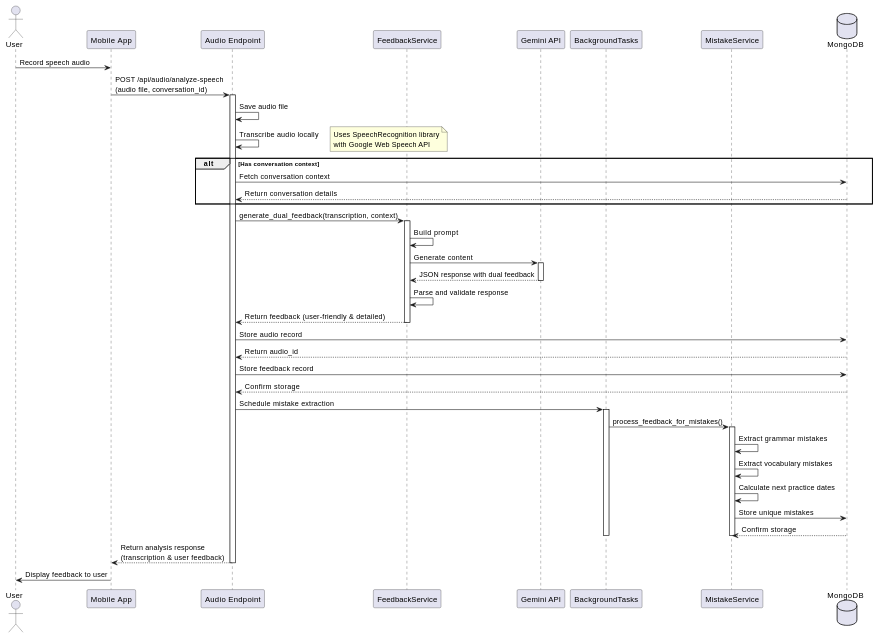
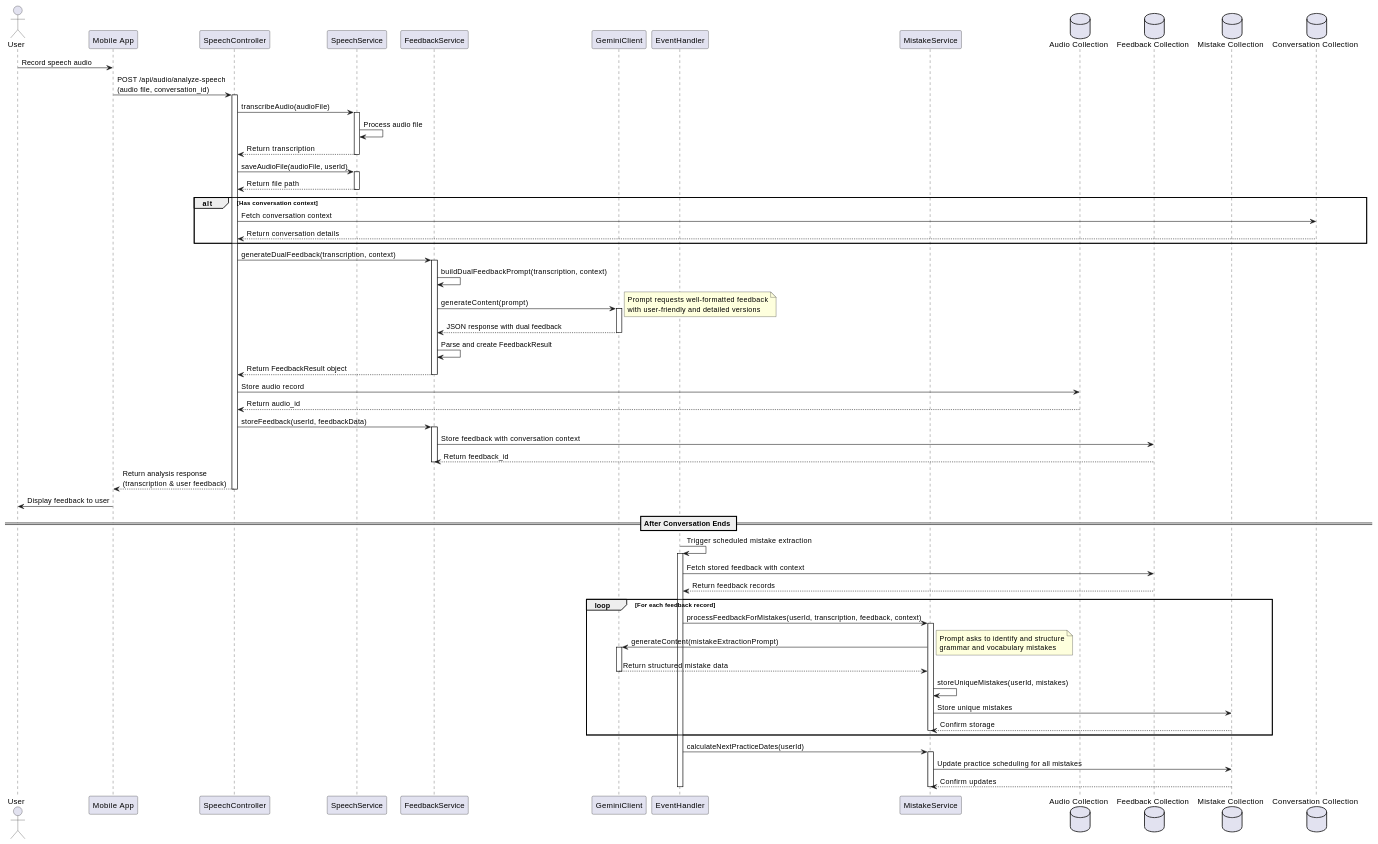
Before and after one commit to dungken/speaking_english_with_ai_app: the diagram in documents/diagrams/speech-analysis-sequence.md, drawn with PlantUML. The commit also changed 3 other files, not shown here.

Commit message:
Update diagrams

````diff
--- a/documents/diagrams/speech-analysis-sequence.md
+++ b/documents/diagrams/speech-analysis-sequence.md
@@ -7,62 +7,94 @@
 
 actor User
 participant "Mobile App" as App
-participant "Audio Endpoint" as AudioAPI
+participant "SpeechController" as AudioAPI
+participant "SpeechService" as SpeechSvc
 participant "FeedbackService" as FeedbackSvc
-participant "Gemini API" as Gemini
-participant "BackgroundTasks" as BgTasks
+participant "GeminiClient" as Gemini
+participant "EventHandler" as BgTasks
 participant "MistakeService" as MistakeSvc
-database MongoDB as DB
+database "Audio Collection" as AudioDB
+database "Feedback Collection" as FeedbackDB
+database "Mistake Collection" as MistakeDB
+database "Conversation Collection" as ConvDB
 
 User -> App: Record speech audio
 App -> AudioAPI: POST /api/audio/analyze-speech\n(audio file, conversation_id)
 activate AudioAPI
 
-AudioAPI -> AudioAPI: Save audio file
-AudioAPI -> AudioAPI: Transcribe audio locally
-note right: Uses SpeechRecognition library\nwith Google Web Speech API
+AudioAPI -> SpeechSvc: transcribeAudio(audioFile)
+activate SpeechSvc
+SpeechSvc -> SpeechSvc: Process audio file
+SpeechSvc --> AudioAPI: Return transcription
+deactivate SpeechSvc
+
+AudioAPI -> SpeechSvc: saveAudioFile(audioFile, userId)
+activate SpeechSvc
+SpeechSvc --> AudioAPI: Return file path
+deactivate SpeechSvc
 
 alt Has conversation context
-    AudioAPI -> DB: Fetch conversation context
-    DB --> AudioAPI: Return conversation details
+    AudioAPI -> ConvDB: Fetch conversation context
+    ConvDB --> AudioAPI: Return conversation details
 end
 
-AudioAPI -> FeedbackSvc: generate_dual_feedback(transcription, context)
+AudioAPI -> FeedbackSvc: generateDualFeedback(transcription, context)
 activate FeedbackSvc
 
-FeedbackSvc -> FeedbackSvc: Build prompt
-FeedbackSvc -> Gemini: Generate content
+FeedbackSvc -> FeedbackSvc: buildDualFeedbackPrompt(transcription, context)
+FeedbackSvc -> Gemini: generateContent(prompt)
 activate Gemini
+note right: Prompt requests well-formatted feedback\nwith user-friendly and detailed versions
 Gemini --> FeedbackSvc: JSON response with dual feedback
 deactivate Gemini
 
-FeedbackSvc -> FeedbackSvc: Parse and validate response
-FeedbackSvc --> AudioAPI: Return feedback (user-friendly & detailed)
+FeedbackSvc -> FeedbackSvc: Parse and create FeedbackResult
+FeedbackSvc --> AudioAPI: Return FeedbackResult object
 deactivate FeedbackSvc
 
-AudioAPI -> DB: Store audio record
-DB --> AudioAPI: Return audio_id
+AudioAPI -> AudioDB: Store audio record
+AudioDB --> AudioAPI: Return audio_id
 
-AudioAPI -> DB: Store feedback record
-DB --> AudioAPI: Confirm storage
-
-AudioAPI -> BgTasks: Schedule mistake extraction
-activate BgTasks
-BgTasks -> MistakeSvc: process_feedback_for_mistakes()
-activate MistakeSvc
-
-MistakeSvc -> MistakeSvc: Extract grammar mistakes
-MistakeSvc -> MistakeSvc: Extract vocabulary mistakes
-MistakeSvc -> MistakeSvc: Calculate next practice dates
-MistakeSvc -> DB: Store unique mistakes
-DB --> MistakeSvc: Confirm storage
-deactivate MistakeSvc
-deactivate BgTasks
+AudioAPI -> FeedbackSvc: storeFeedback(userId, feedbackData)
+activate FeedbackSvc
+FeedbackSvc -> FeedbackDB: Store feedback with conversation context
+FeedbackDB --> FeedbackSvc: Return feedback_id
+deactivate FeedbackSvc
 
 AudioAPI --> App: Return analysis response\n(transcription & user feedback)
 deactivate AudioAPI
 
 App -> User: Display feedback to user
 
+== After Conversation Ends ==
+
+BgTasks -> BgTasks: Trigger scheduled mistake extraction 
+activate BgTasks
+BgTasks -> FeedbackDB: Fetch stored feedback with context
+FeedbackDB --> BgTasks: Return feedback records
+
+loop For each feedback record
+    BgTasks -> MistakeSvc: processFeedbackForMistakes(userId, transcription, feedback, context)
+    activate MistakeSvc
+    
+    MistakeSvc -> Gemini: generateContent(mistakeExtractionPrompt)
+    activate Gemini
+    note right: Prompt asks to identify and structure\ngrammar and vocabulary mistakes
+    Gemini --> MistakeSvc: Return structured mistake data
+    deactivate Gemini
+    
+    MistakeSvc -> MistakeSvc: storeUniqueMistakes(userId, mistakes)
+    MistakeSvc -> MistakeDB: Store unique mistakes
+    MistakeDB --> MistakeSvc: Confirm storage
+    deactivate MistakeSvc
+end
+
+BgTasks -> MistakeSvc: calculateNextPracticeDates(userId)
+activate MistakeSvc
+MistakeSvc -> MistakeDB: Update practice scheduling for all mistakes
+MistakeDB --> MistakeSvc: Confirm updates
+deactivate MistakeSvc
+deactivate BgTasks
+
 @enduml
 ```
````
